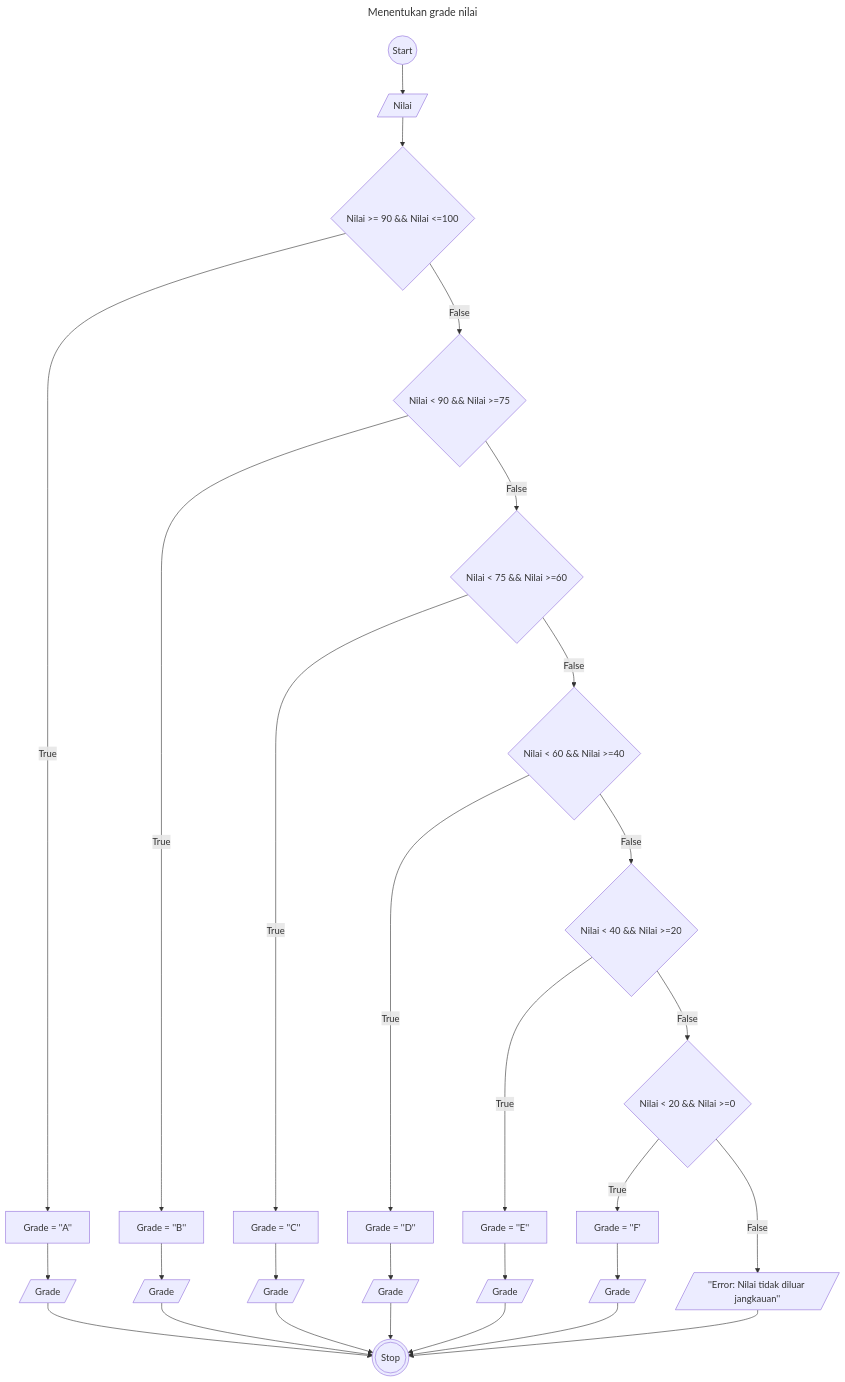
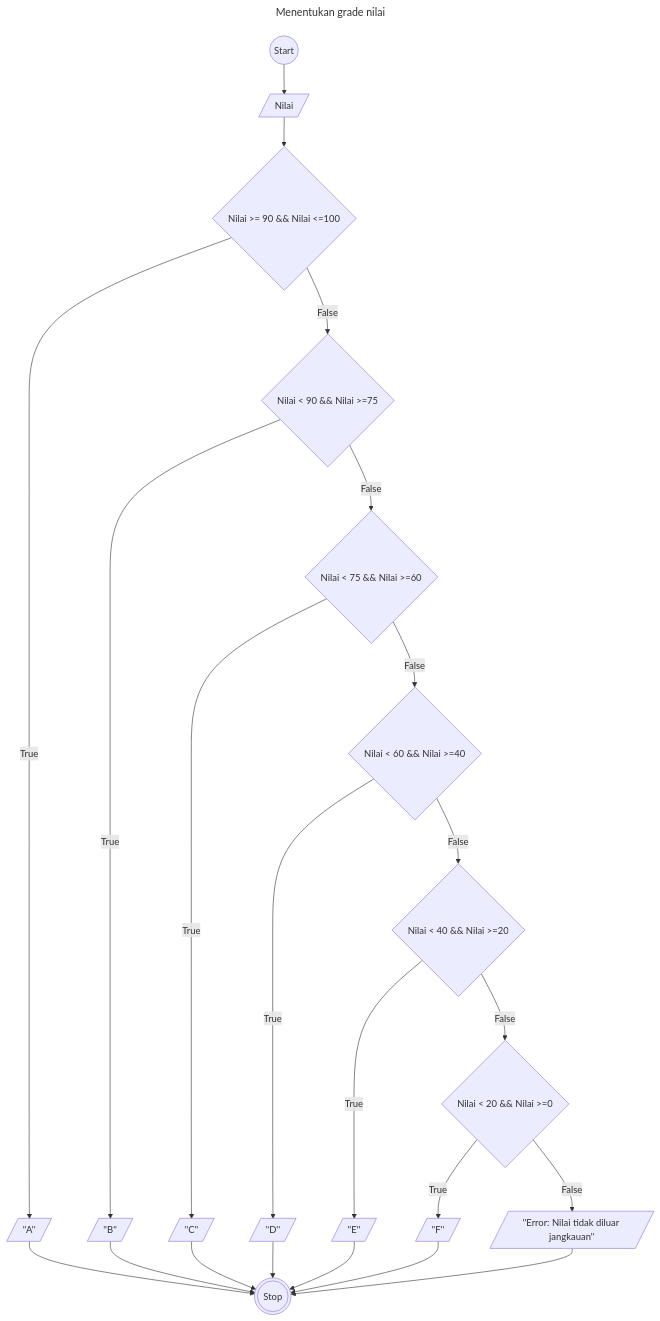
The diagram in minitask9-flowchart.md (ItsnaMaulanaHasan/koda-b4-algoritma), drawn with Mermaid before and after one commit.

````diff
--- a/minitask9-flowchart.md
+++ b/minitask9-flowchart.md
@@ -3,31 +3,31 @@
 ```mermaid
 ---
     title: Menentukan grade nilai
 ---
 flowchart TD
     id1((Start))
     id2[/Nilai/]
     id1 --> id2
     id3{Nilai >= 90 && Nilai <=100}
     id4{Nilai < 90 && Nilai >=75}
     id5{Nilai < 75 && Nilai >=60}
     id6{Nilai < 60 && Nilai >=40}
     id7{Nilai < 40 && Nilai >=20}
     id8{Nilai < 20 && Nilai >=0}
     id2 --> id3
     id3 -- False --> id4
     id4 -- False --> id5
     id5 -- False --> id6
     id6 -- False --> id7
     id7 -- False --> id8
     id8 -- False --> id9[/''Error: Nilai tidak diluar jangkauan''/]
-    id3 -- True --> id10[Grade = ''A''] --> id11[/Grade/] --> id22
-    id4 -- True --> id12[Grade = ''B''] --> id13[/Grade/] --> id22
-    id5 -- True --> id14[Grade = ''C''] --> id15[/Grade/] --> id22
-    id6 -- True --> id16[Grade = ''D''] --> id17[/Grade/] --> id22
-    id7 -- True --> id18[Grade = ''E''] --> id19[/Grade/] --> id22
-    id8 -- True --> id20[Grade = ''F'] --> id21[/Grade/] --> id22
-    id9 --> id22
-    id22(((Stop)))
+    id3 -- True --> id10[/''A''/] --> id16
+    id4 -- True --> id11[/''B''/] --> id16
+    id5 -- True --> id12[/''C''/] --> id16
+    id6 -- True --> id13[/''D''/] --> id16
+    id7 -- True --> id14[/''E''/] --> id16
+    id8 -- True --> id15[/''F''/] --> id16
+    id9 --> id16
+    id16(((Stop)))
     
 ```
````
